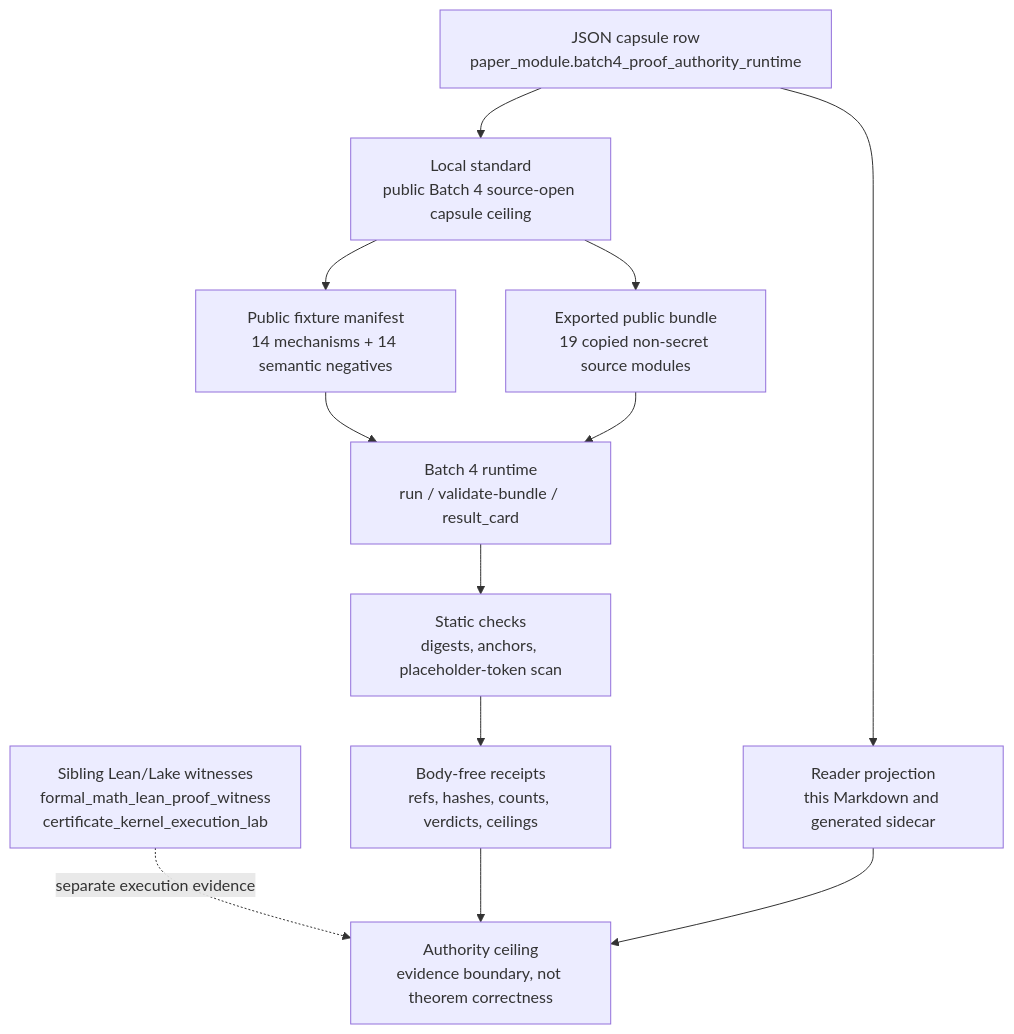
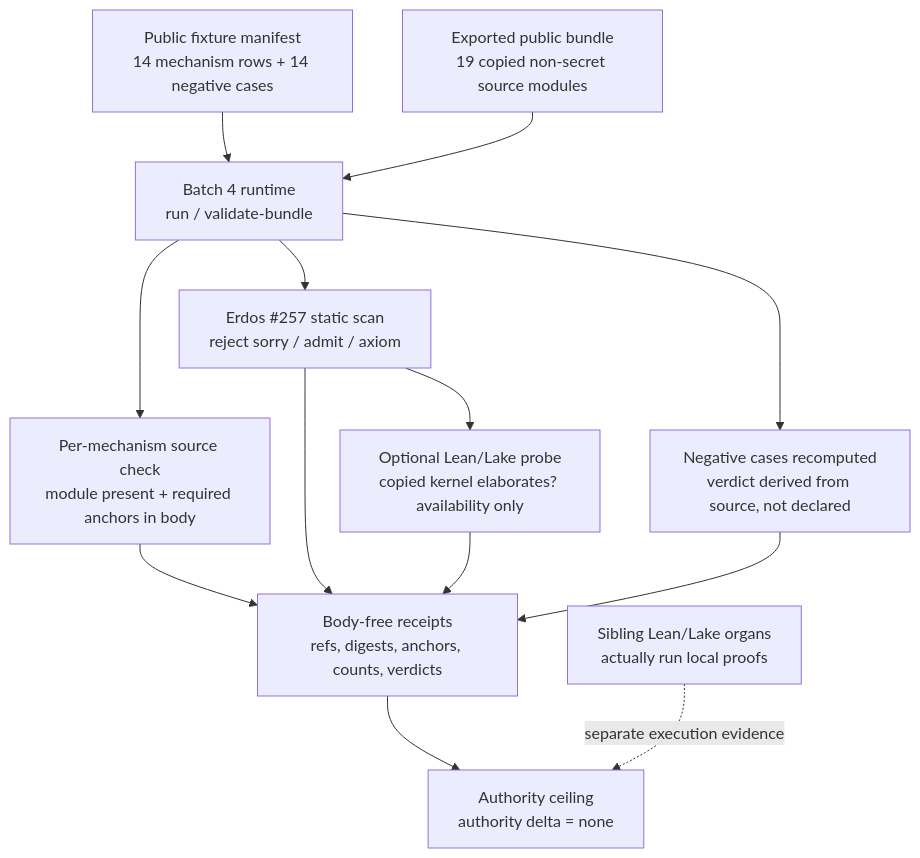
The diagram in paper_modules/batch4_proof_authority_runtime.md (wcook04/plectis), drawn with Mermaid before and after one commit. The commit also changed other lines of this file and 90 other files, not shown here.

First line of the commit message:
microcosm: enrich public paper-module prose and Shape diagrams (91 modules)

````diff
--- a/paper_modules/batch4_proof_authority_runtime.md
+++ b/paper_modules/batch4_proof_authority_runtime.md
@@ -131,25 +184,28 @@
 ```mermaid
 flowchart TD
-  capsule["JSON capsule row<br/>paper_module.batch4_proof_authority_runtime"]
-  standard["Local standard<br/>public Batch 4 source-open capsule ceiling"]
-  fixture["Public fixture manifest<br/>14 mechanisms + 14 semantic negatives"]
+  fixture["Public fixture manifest<br/>14 mechanism rows + 14 negative cases"]
   bundle["Exported public bundle<br/>19 copied non-secret source modules"]
-  runtime["Batch 4 runtime<br/>run / validate-bundle / result_card"]
-  scan["Static checks<br/>digests, anchors, placeholder-token scan"]
-  receipts["Body-free receipts<br/>refs, hashes, counts, verdicts, ceilings"]
-  leanWitness["Sibling Lean/Lake witnesses<br/>formal_math_lean_proof_witness<br/>certificate_kernel_execution_lab"]
-  ceiling["Authority ceiling<br/>evidence boundary, not theorem correctness"]
-  projection["Reader projection<br/>this Markdown and generated sidecar"]
+  runtime["Batch 4 runtime<br/>run / validate-bundle"]
 
-  capsule --> projection
-  capsule --> standard
-  standard --> fixture
-  standard --> bundle
+  anchors["Per-mechanism source check<br/>module present + required anchors in body"]
+  scan["Erdos #257 static scan<br/>reject sorry / admit / axiom"]
+  probe["Optional Lean/Lake probe<br/>copied kernel elaborates? availability only"]
+  negatives["Negative cases recomputed<br/>verdict derived from source, not declared"]
+
+  receipts["Body-free receipts<br/>refs, digests, anchors, counts, verdicts"]
+  ceiling["Authority ceiling<br/>authority delta = none"]
+  leanWitness["Sibling Lean/Lake organs<br/>actually run local proofs"]
+
   fixture --> runtime
   bundle --> runtime
+  runtime --> anchors
   runtime --> scan
+  scan --> probe
+  runtime --> negatives
+  anchors --> receipts
   scan --> receipts
+  probe --> receipts
+  negatives --> receipts
+  receipts --> ceiling
   leanWitness -. "separate execution evidence" .-> ceiling
-  receipts --> ceiling
-  projection --> ceiling
 ```
````
